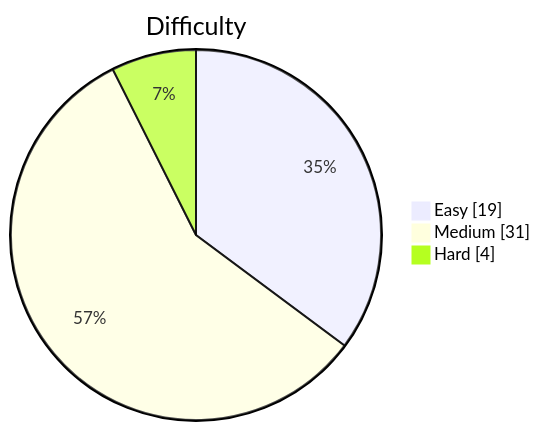
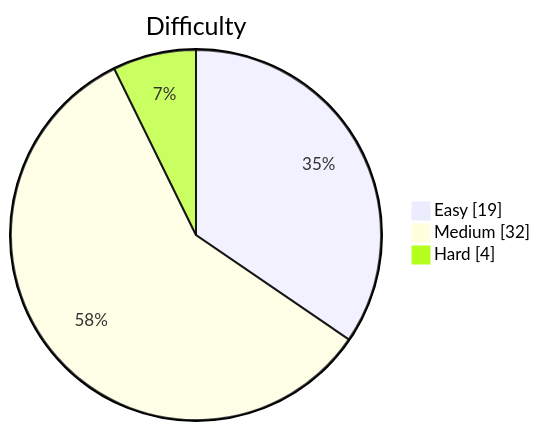
Before and after one commit to kevstevie/python-algo-practice: the diagram in README.md, drawn with Mermaid. The commit also changed other lines of this file, not shown here.

````diff
--- a/README.md
+++ b/README.md
@@ -13,7 +13,7 @@
 ```mermaid
 pie showData
     title Difficulty
     "Easy"   : 19
-    "Medium" : 31
+    "Medium" : 32
     "Hard"   : 4
 ```
````
